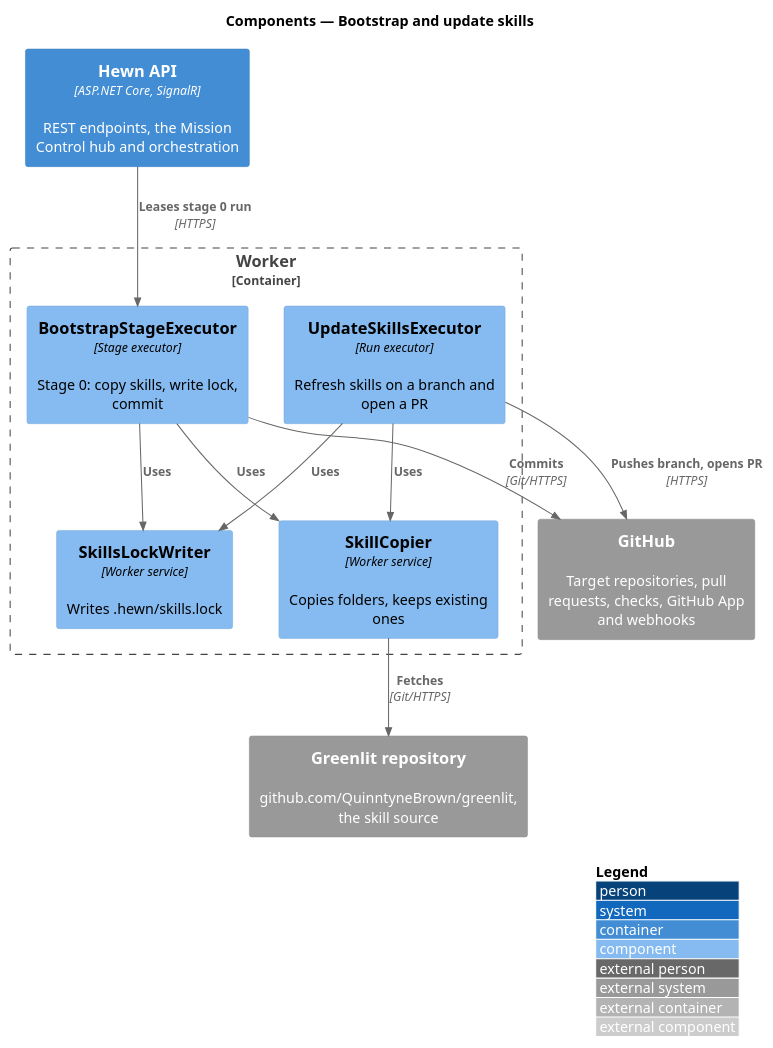
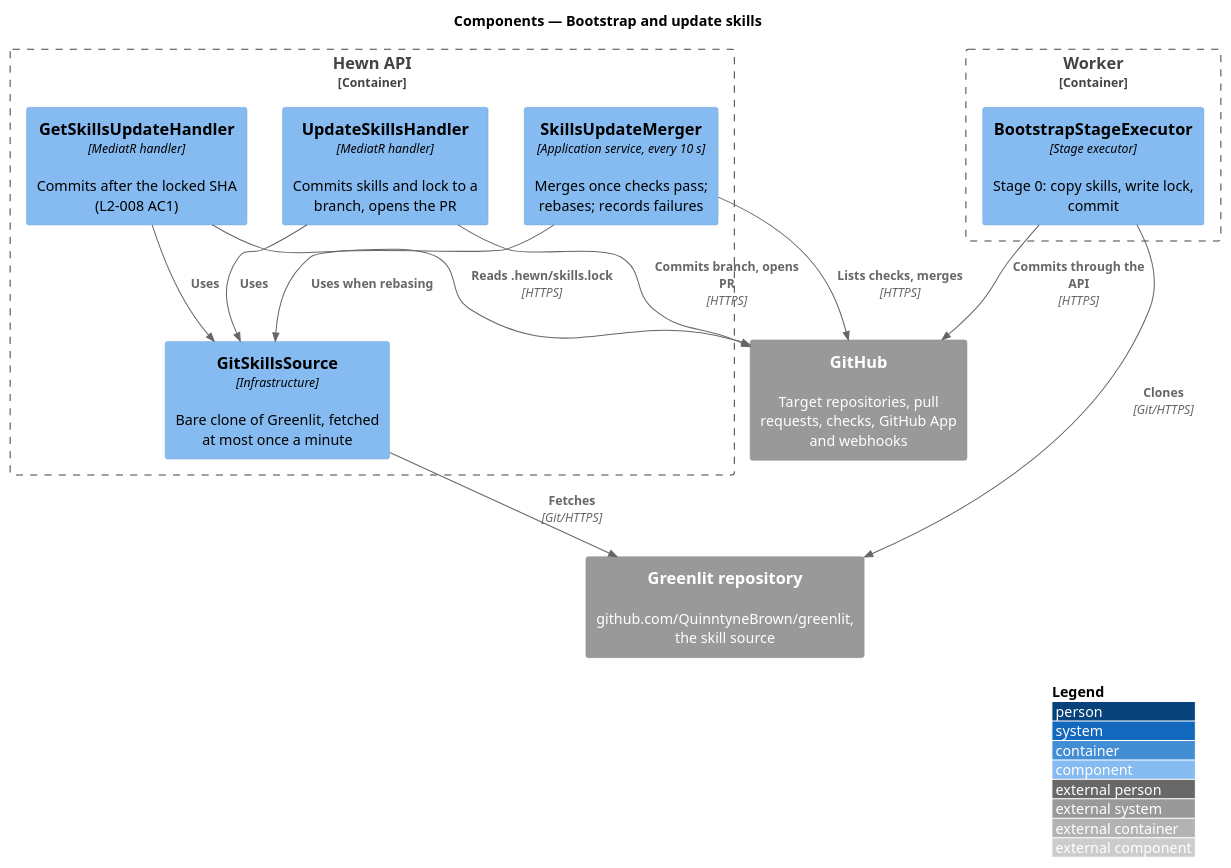
The diagram in docs/detailed-designs/stages/bootstrap-skills/diagrams/c4-component.puml (QuinntyneBrown/hewn), drawn with PlantUML before and after one commit. The commit also changed 66 other files, not shown here.

```diff
--- a/docs/detailed-designs/stages/bootstrap-skills/diagrams/c4-component.puml
+++ b/docs/detailed-designs/stages/bootstrap-skills/diagrams/c4-component.puml
@@ -1,24 +1,27 @@
 @startuml
 !include <C4/C4_Component>
 LAYOUT_WITH_LEGEND()
 title Components — Bootstrap and update skills
 
-Container(api, "Hewn API", "ASP.NET Core, SignalR", "REST endpoints, the Mission Control hub and orchestration")
+Container_Boundary(api_b, "Hewn API") {
+  Component(get, "GetSkillsUpdateHandler", "MediatR handler", "Commits after the locked SHA (L2-008 AC1)")
+  Component(upd, "UpdateSkillsHandler", "MediatR handler", "Commits skills and lock to a branch, opens the PR")
+  Component(merge, "SkillsUpdateMerger", "Application service, every 10 s", "Merges once checks pass; rebases; records failures")
+  Component(src, "GitSkillsSource", "Infrastructure", "Bare clone of Greenlit, fetched at most once a minute")
+}
 Container_Boundary(worker_b, "Worker") {
   Component(boot, "BootstrapStageExecutor", "Stage executor", "Stage 0: copy skills, write lock, commit")
-  Component(upd, "UpdateSkillsExecutor", "Run executor", "Refresh skills on a branch and open a PR")
-  Component(copier, "SkillCopier", "Worker service", "Copies folders, keeps existing ones")
-  Component(lock, "SkillsLockWriter", "Worker service", "Writes .hewn/skills.lock")
 }
 System_Ext(greenlit, "Greenlit repository", "github.com/QuinntyneBrown/greenlit, the skill source")
 System_Ext(github, "GitHub", "Target repositories, pull requests, checks, GitHub App and webhooks")
 
-Rel(api, boot, "Leases stage 0 run", "HTTPS")
-Rel(boot, copier, "Uses")
-Rel(boot, lock, "Uses")
-Rel(upd, copier, "Uses")
-Rel(upd, lock, "Uses")
-Rel(copier, greenlit, "Fetches", "Git/HTTPS")
-Rel(boot, github, "Commits", "Git/HTTPS")
-Rel(upd, github, "Pushes branch, opens PR", "HTTPS")
+Rel(boot, greenlit, "Clones", "Git/HTTPS")
+Rel(boot, github, "Commits through the API", "HTTPS")
+Rel(get, src, "Uses")
+Rel(upd, src, "Uses")
+Rel(merge, src, "Uses when rebasing")
+Rel(src, greenlit, "Fetches", "Git/HTTPS")
+Rel(get, github, "Reads .hewn/skills.lock", "HTTPS")
+Rel(upd, github, "Commits branch, opens PR", "HTTPS")
+Rel(merge, github, "Lists checks, merges", "HTTPS")
 @enduml
```
